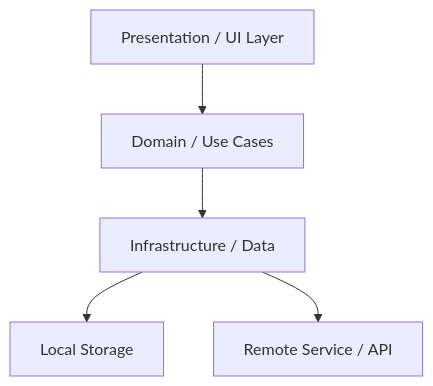
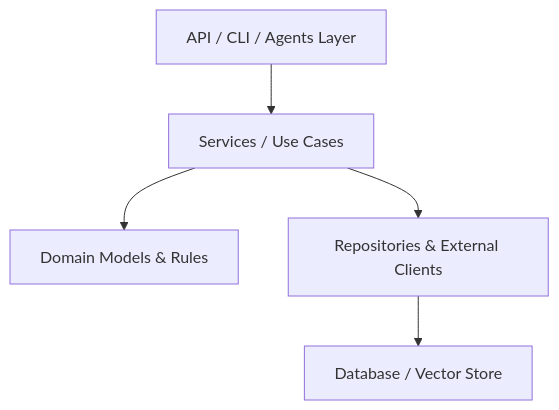
The diagram in templates/architecture.md (Agent-Rules-Ecosystem/python-agent-rules), drawn with Mermaid before and after one commit. The commit also changed other lines of this file and 30 other files, not shown here.

Commit message:
feat(core): align to ecosystem standard, add architecture templates, fix [tool.ruff.lint], uvx pip-audit and src/ Dockerfile layout

````diff
--- a/templates/architecture.md
+++ b/templates/architecture.md
@@ -16,7 +16,7 @@
 ```mermaid
 graph TD
-    UI[Presentation / UI Layer] --> DOMAIN[Domain / Use Cases]
-    DOMAIN --> INFRA[Infrastructure / Data]
-    INFRA --> LOCAL[Local Storage]
-    INFRA --> REMOTE[Remote Service / API]
+    API[API / CLI / Agents Layer] --> SVC[Services / Use Cases]
+    SVC --> DOMAIN[Domain Models & Rules]
+    SVC --> INFRA[Repositories & External Clients]
+    INFRA --> DB[Database / Vector Store]
 ```
````
